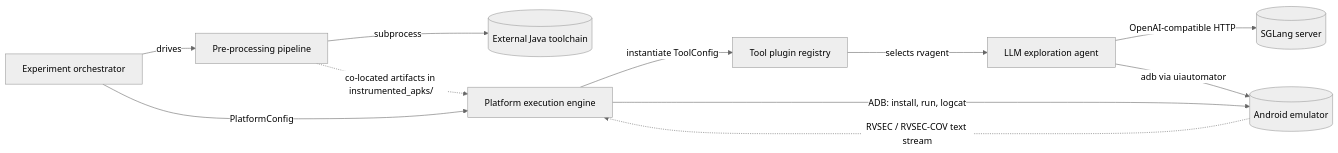
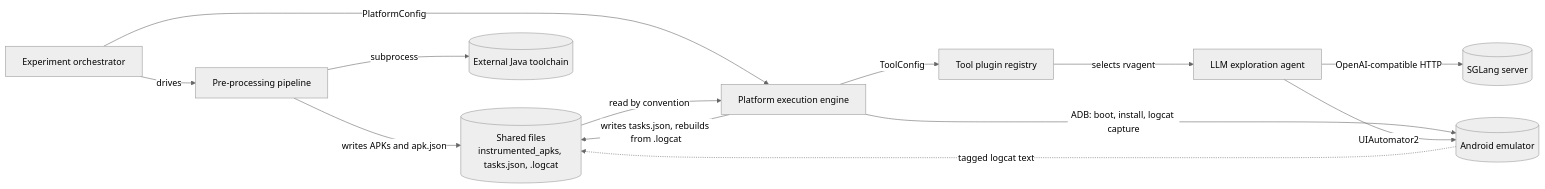
One commit to PAMunb/rvsec changed the third of 4 diagrams in rv-android/docs/architecture/rv-android.md. Above: the diagram before and after it, drawn with Mermaid. The commit also changed other lines of this file and 7 other files, not shown here.

````diff
--- a/rv-android/docs/architecture/rv-android.md
+++ b/rv-android/docs/architecture/rv-android.md
@@ -345,23 +369,26 @@
 ```mermaid
 %%{init: {'theme': 'neutral'}}%%
 flowchart LR
     orch[Experiment orchestrator]
     pre[Pre-processing pipeline]
     engine[Platform execution engine]
     tools[Tool plugin registry]
     llm[LLM exploration agent]
+    store[(Shared files<br/>instrumented_apks, tasks.json, .logcat)]
     emu[(Android emulator)]
     sglang[(SGLang server)]
     java[(External Java toolchain)]
 
     orch -->|drives| pre
     orch -->|PlatformConfig| engine
     pre -->|subprocess| java
-    pre -.->|co-located artifacts in instrumented_apks/| engine
-    engine -->|instantiate ToolConfig| tools
+    pre -->|writes APKs and apk.json| store
+    store -->|read by convention| engine
+    engine -->|ToolConfig| tools
     tools -->|selects rvagent| llm
-    engine -->|ADB: install, run, logcat| emu
-    emu -.->|RVSEC / RVSEC-COV text stream| engine
+    engine -->|ADB: boot, install, logcat capture| emu
+    emu -.->|tagged logcat text| store
+    engine -->|writes tasks.json, rebuilds from .logcat| store
     llm -->|OpenAI-compatible HTTP| sglang
-    llm -->|adb via uiautomator| emu
+    llm -->|UIAutomator2| emu
 ```
````
